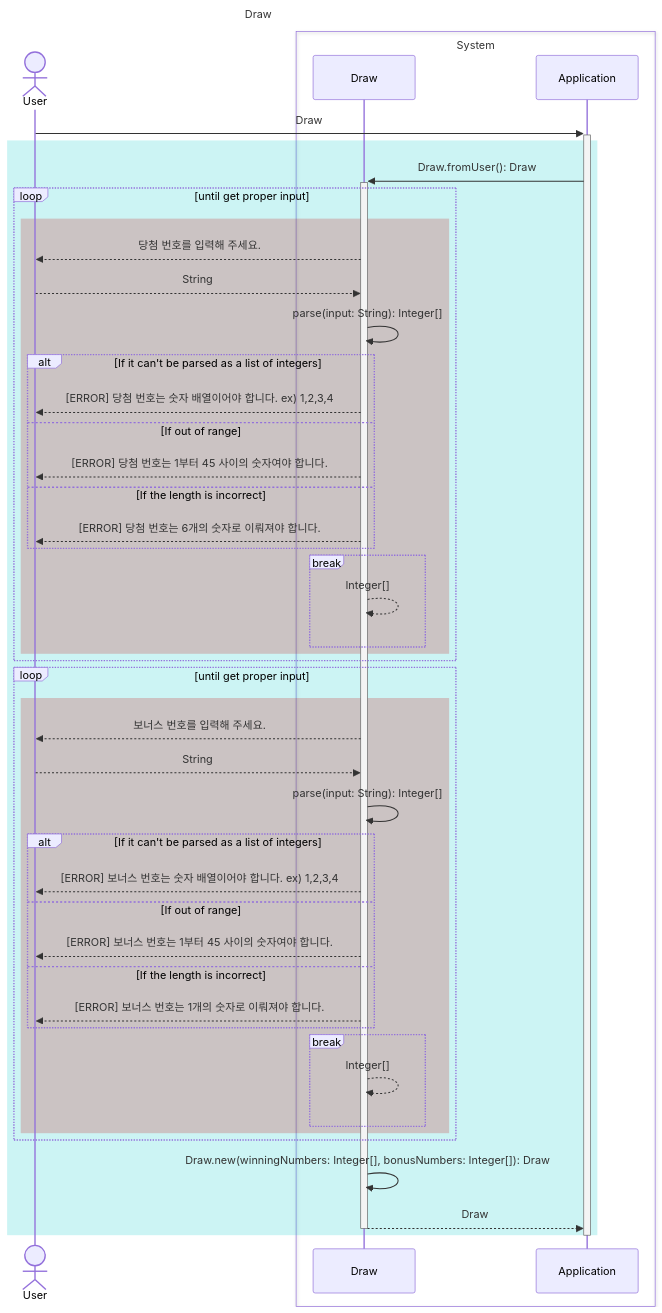
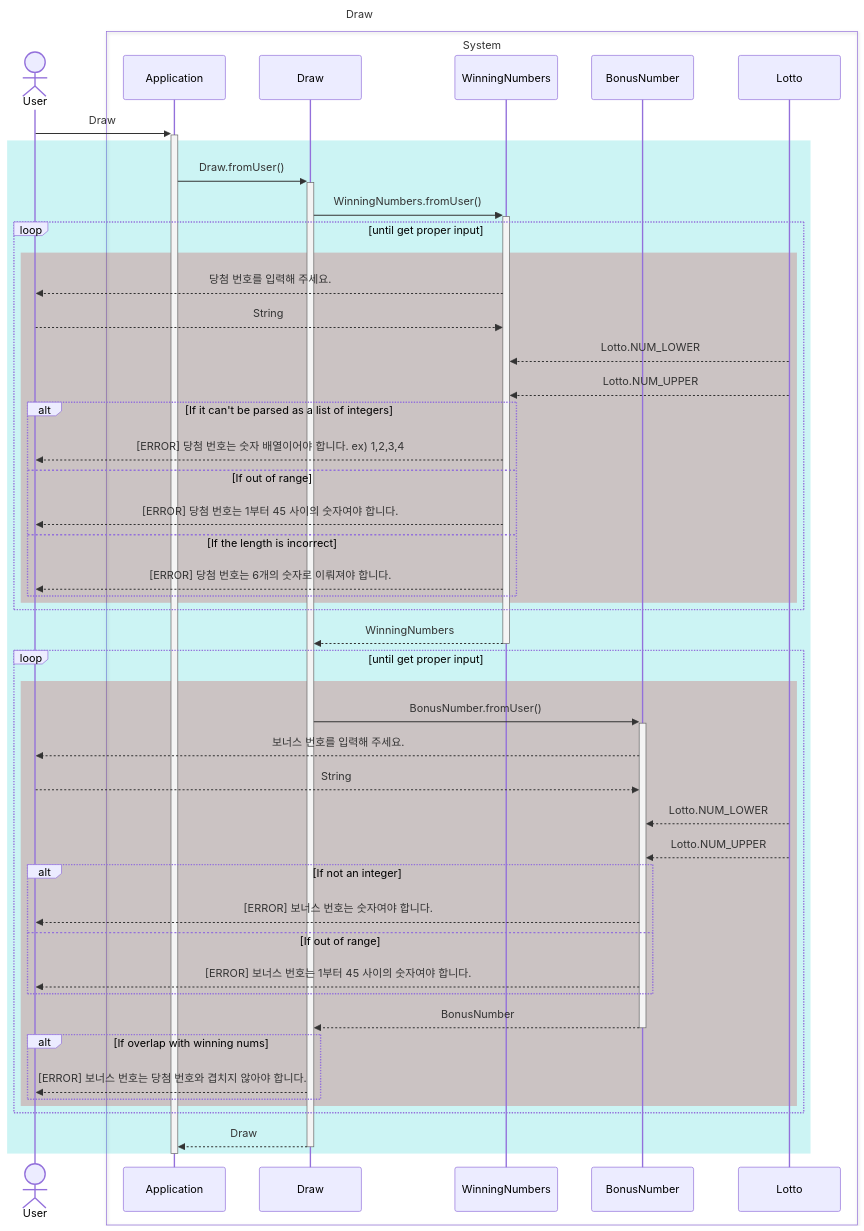
One commit to gdsc-konkuk/23-24_study_2nd_java-lotto-6 changed the fourth of 6 diagrams in docs/README.md. Above: the diagram before and after it, drawn with Mermaid. The commit also changed other lines of this file, not shown here.

````diff
--- a/docs/README.md
+++ b/docs/README.md
@@ -187,61 +172,64 @@
 ```mermaid
 ---
 title: Draw
 ---
 sequenceDiagram
     actor User
     box System
+        participant Application
         participant Draw
-        participant Application
+        participant WinningNumbers
+        participant BonusNumber
+        participant Lotto
     end
 
     User ->>+ Application: Draw
     rect rgb(0, 200, 200, 0.2)
-        Application ->>+ Draw: Draw.fromUser(): Draw
+        Application ->>+ Draw: Draw.fromUser()
+        Draw ->>+ WinningNumbers: WinningNumbers.fromUser()
 
         loop until get proper input
             rect rgb(200, 0, 0, 0.2)
-                Draw -->> User: 당첨 번호를 입력해 주세요.
-                User -->> Draw: String
-                Draw ->> Draw: parse(input: String): Integer[]
-
+                WinningNumbers -->> User: 당첨 번호를 입력해 주세요.
+                User -->> WinningNumbers: String
+                Lotto -->> WinningNumbers: Lotto.NUM_LOWER
+                Lotto -->> WinningNumbers: Lotto.NUM_UPPER
                 alt If it can't be parsed as a list of integers
-                    Draw -->> User: [ERROR] 당첨 번호는 숫자 배열이어야 합니다. ex) 1,2,3,4
+                    WinningNumbers -->> User: [ERROR] 당첨 번호는 숫자 배열이어야 합니다. ex) 1,2,3,4
                 else If out of range
-                    Draw -->> User: [ERROR] 당첨 번호는 1부터 45 사이의 숫자여야 합니다.
+                    WinningNumbers -->> User: [ERROR] 당첨 번호는 1부터 45 사이의 숫자여야 합니다.
                 else If the length is incorrect
-                    Draw -->> User: [ERROR] 당첨 번호는 6개의 숫자로 이뤄져야 합니다.
+                    WinningNumbers -->> User: [ERROR] 당첨 번호는 6개의 숫자로 이뤄져야 합니다.
                 end
 
-                break
-                    Draw -->> Draw: Integer[]
+            end
+        end
+
+        WinningNumbers -->>- Draw: WinningNumbers
+
+        loop until get proper input
+            rect rgb(200, 0, 0, 0.2)
+                Draw ->>+ BonusNumber: BonusNumber.fromUser()
+                BonusNumber -->> User: 보너스 번호를 입력해 주세요.
+                User -->> BonusNumber: String
+                Lotto -->> BonusNumber: Lotto.NUM_LOWER
+                Lotto -->> BonusNumber: Lotto.NUM_UPPER
+                alt If not an integer
+                    BonusNumber -->> User: [ERROR] 보너스 번호는 숫자여야 합니다.
+                else If out of range
+                    BonusNumber -->> User: [ERROR] 보너스 번호는 1부터 45 사이의 숫자여야 합니다.
+                end
+
+                BonusNumber -->>- Draw: BonusNumber
+
+                alt If overlap with winning nums
+                    Draw -->> User: [ERROR] 보너스 번호는 당첨 번호와 겹치지 않아야 합니다.
                 end
             end
         end
 
-        loop until get proper input
-            rect rgb(200, 0, 0, 0.2)
-                Draw -->> User: 보너스 번호를 입력해 주세요.
-                User -->> Draw: String
-                Draw ->> Draw: parse(input: String): Integer[]
-
-                alt If it can't be parsed as a list of integers
-                    Draw -->> User: [ERROR] 보너스 번호는 숫자 배열이어야 합니다. ex) 1,2,3,4
-                else If out of range
-                    Draw -->> User: [ERROR] 보너스 번호는 1부터 45 사이의 숫자여야 합니다.
-                else If the length is incorrect
-                    Draw -->> User: [ERROR] 보너스 번호는 1개의 숫자로 이뤄져야 합니다.
-                end
-
-                break
-                    Draw -->> Draw: Integer[]
-                end
-            end
-        end
-
-        Draw ->> Draw: Draw.new(winningNumbers: Integer[], bonusNumbers: Integer[]): Draw
         Draw -->>- Application: Draw
     end
 
     deactivate Application
 ```
````
